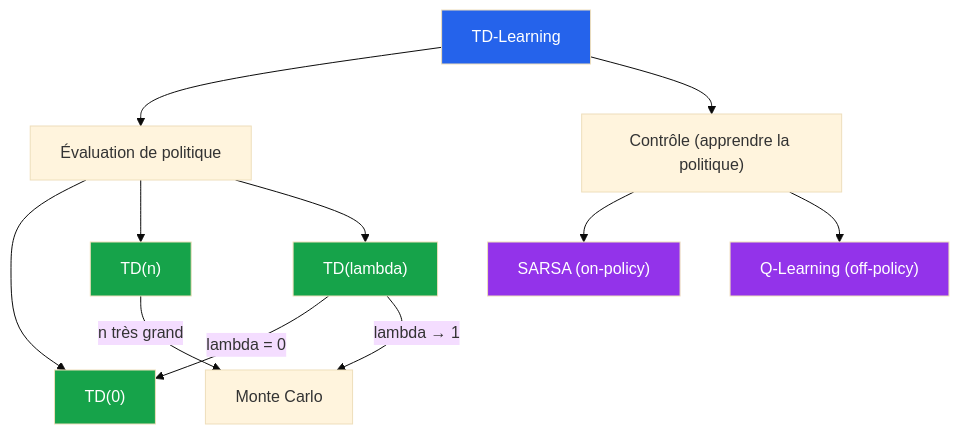
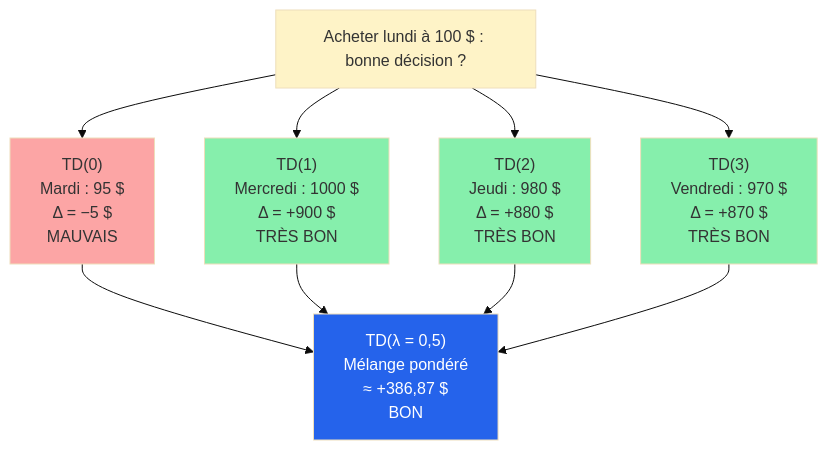
One commit to inskillflow/apprentissage-par-renforcement-fr changed the fourth of 4 diagrams in 17-Chapitre17-Theorie-TD-Learning-Complet.md. Above: the diagram before and after it, drawn with Mermaid (base theme). The commit also changed other lines of this file, not shown here.

````diff
--- a/17-Chapitre17-Theorie-TD-Learning-Complet.md
+++ b/17-Chapitre17-Theorie-TD-Learning-Complet.md
@@ -2411,19 +1995,18 @@
 ```mermaid
 flowchart TB
-    TD["TD-Learning"] --> EVAL["Évaluation de politique"]
-    TD --> CTRL["Contrôle (apprendre la politique)"]
-    EVAL --> TD0["TD(0)"]
-    EVAL --> TDN["TD(n)"]
-    EVAL --> TDL["TD(lambda)"]
-    CTRL --> SARSA["SARSA (on-policy)"]
-    CTRL --> QL["Q-Learning (off-policy)"]
-    TDL -->|"lambda = 0"| TD0
-    TDN -->|"n très grand"| MC["Monte Carlo"]
-    TDL -->|"lambda → 1"| MC
-    style TD fill:#2563eb,color:#fff
-    style TD0 fill:#16a34a,color:#fff
-    style TDN fill:#16a34a,color:#fff
-    style TDL fill:#16a34a,color:#fff
-    style SARSA fill:#9333ea,color:#fff
-    style QL fill:#9333ea,color:#fff
+    Q["Acheter lundi à 100 $ : bonne décision ?"]
+    Q --> TD0["TD(0)<br/>Mardi : 95 $<br/>Δ = −5 $<br/>MAUVAIS"]
+    Q --> TD1["TD(1)<br/>Mercredi : 1000 $<br/>Δ = +900 $<br/>TRÈS BON"]
+    Q --> TD2["TD(2)<br/>Jeudi : 980 $<br/>Δ = +880 $<br/>TRÈS BON"]
+    Q --> TD3["TD(3)<br/>Vendredi : 970 $<br/>Δ = +870 $<br/>TRÈS BON"]
+    TD0 --> MIX["TD(λ = 0,5)<br/>Mélange pondéré<br/>≈ +386,87 $<br/>BON"]
+    TD1 --> MIX
+    TD2 --> MIX
+    TD3 --> MIX
+    style TD0 fill:#fca5a5
+    style TD1 fill:#86efac
+    style TD2 fill:#86efac
+    style TD3 fill:#86efac
+    style MIX fill:#2563eb,color:#fff
+    style Q fill:#fef3c7
 ```
````
